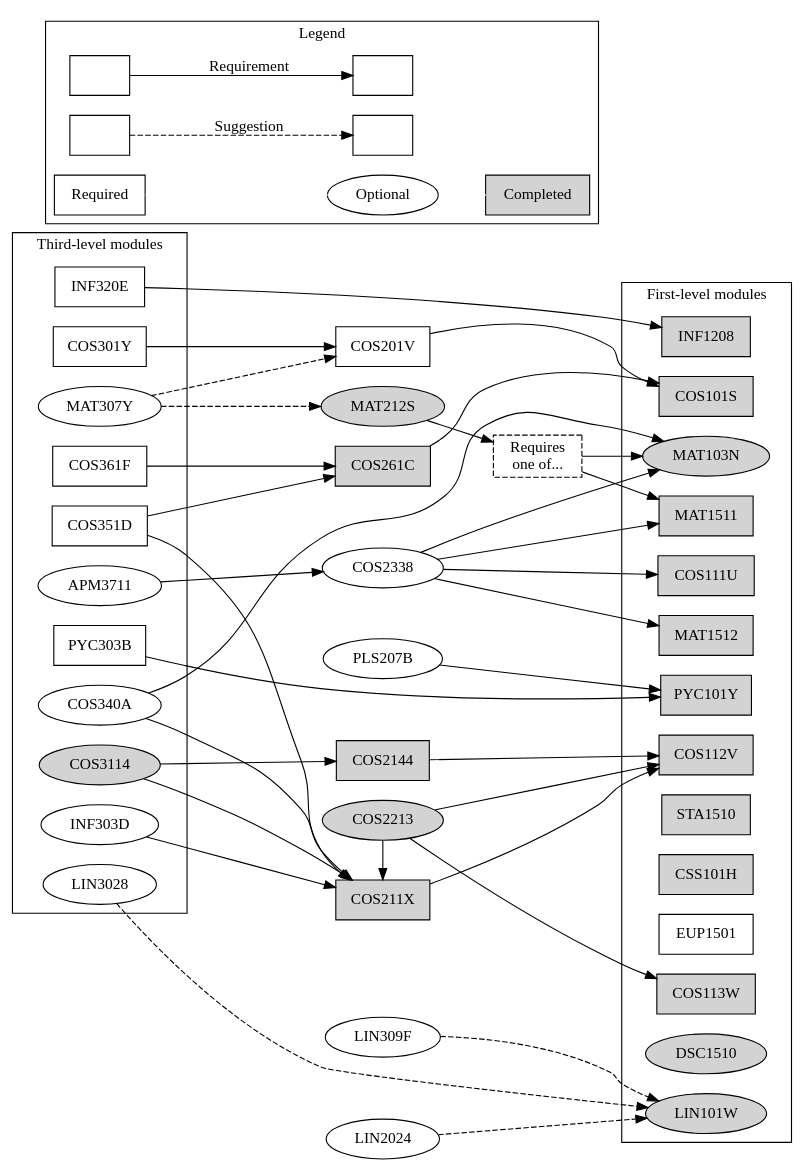
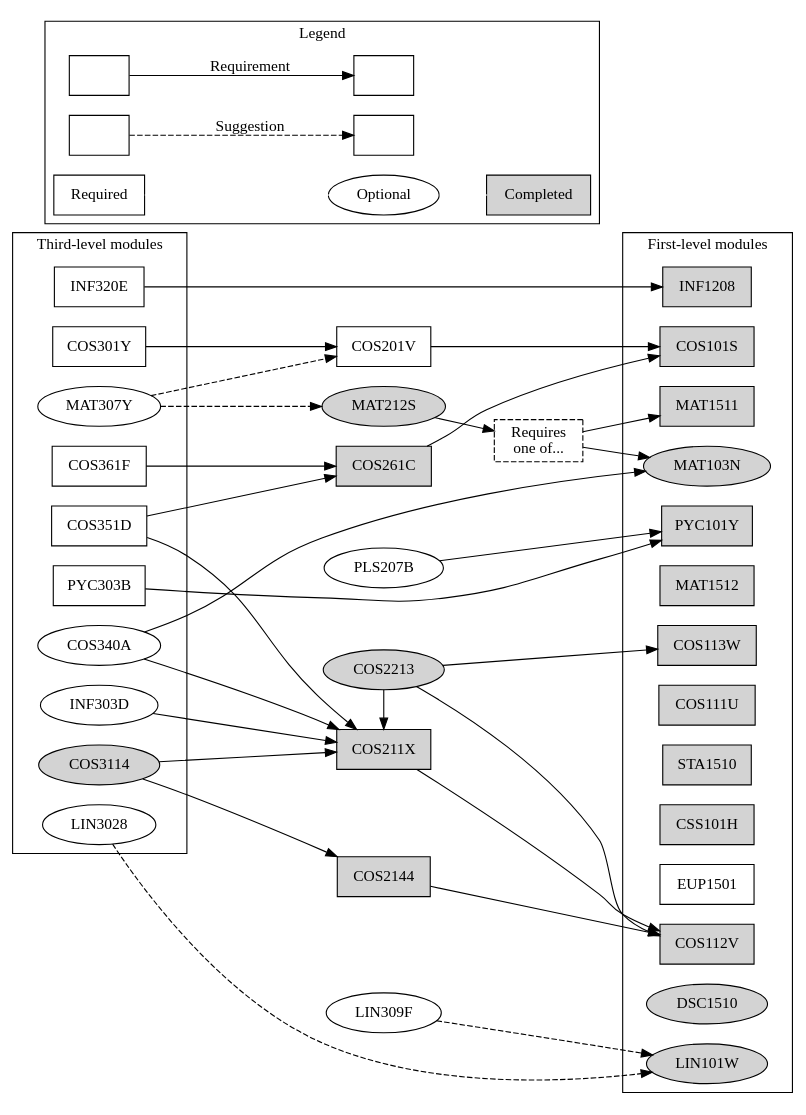
One commit to apauley/unisa-module-graph changed the diagram in ComputationalIntelligence.dot. Above: the diagram before and after it, drawn with Graphviz. The commit also changed 1 other file, not shown here.

```diff
--- a/ComputationalIntelligence.dot
+++ b/ComputationalIntelligence.dot
@@ -1,94 +1,89 @@
 digraph ComputationalIntelligence {
     node [shape=box];
     rankdir=LR;
 
     subgraph cluster3 {
         label = "Third-level modules";
 
         {rank=same;
         COS301Y INF320E COS351D COS361F PYC303B}
 
         {rank=same; node [shape=ellipse];
         COS3114 [style=filled]
         MAT307Y COS340A
         INF303D
-        LIN3028
-        APM3711}
+        LIN3028}
     }
 
     {rank=same;
     COS201V
     {node [style=filled]; COS211X COS261C COS2144}}
 
     {rank=same; node [shape=ellipse];
-    COS2338 PLS207B
+    PLS207B
     MAT212S [style=filled]
     COS2213 [style=filled]
-    LIN309F
-    LIN2024}
+    LIN309F}
 
     MAT103OR151 [label="Requires\none of...", style=dashed];
 
     subgraph cluster1 {
         label = "First-level modules";
 
         {rank=same;
         {node [style=filled];
               COS101S COS112V COS113W INF1208 MAT1511 MAT1512
               PYC101Y COS111U STA1510 CSS101H}
         EUP1501}
 
         {rank=same; node [shape=ellipse];
             {node [style=filled];
                 MAT103N DSC1510 LIN101W}}
     }
 
 
     subgraph cluster0 {
         rankdir=LR;
         label = "Legend";
 
         Module1 [label=""];
         Module2 [label=""];
         Module3 [label=""];
         Module4 [label=""];
         Module2 -> Module1 [label="Requirement"]
         Module4 -> Module3 [label="Suggestion", style=dashed]
 
         Required;
         Completed [style=filled];
         Optional [shape=ellipse];
         Required -> Optional [color=white];
         Optional -> Completed [color=white];
     }
 
 
     COS301Y -> {COS201V}
     INF320E -> {INF1208}
     COS351D -> {COS211X COS261C}
     COS361F -> {COS261C}
     PYC303B -> {PYC101Y}
 
     COS3114 -> {COS211X COS2144}
-    APM3711 -> {COS2338}
     MAT307Y -> {MAT212S COS201V} [style=dashed]
     INF303D -> {COS211X}
     LIN3028 -> {LIN101W} [style=dashed]
     COS340A -> {COS211X MAT103N}
 
 
     COS201V -> {COS101S}
     COS211X -> {COS112V}
     COS261C -> {COS101S}
     COS2144 -> {COS112V}
 
     {rank=same; COS2213 COS211X}
     COS2213 -> {COS112V COS113W}
     COS2213 -> {COS211X}
-    COS2338 -> {COS111U MAT103N MAT1511 MAT1512}
     MAT212S -> {MAT103OR151}
     MAT103OR151 -> {MAT103N MAT1511}
     LIN309F -> {LIN101W} [style=dashed]
-    LIN2024 -> {LIN101W} [style=dashed]
     PLS207B -> {PYC101Y}
 }
```
